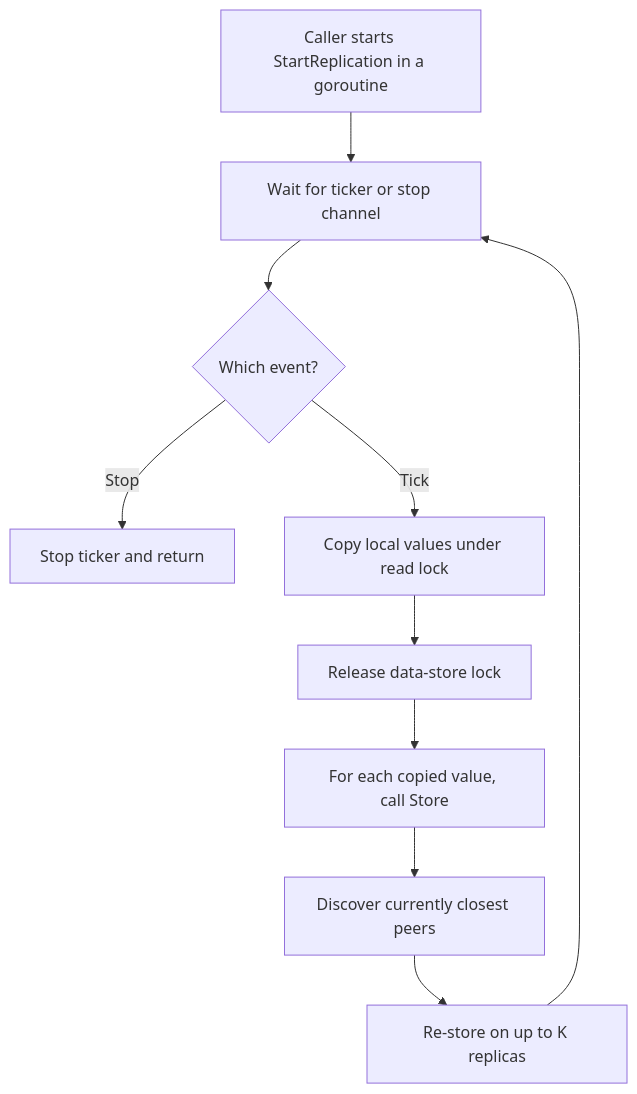
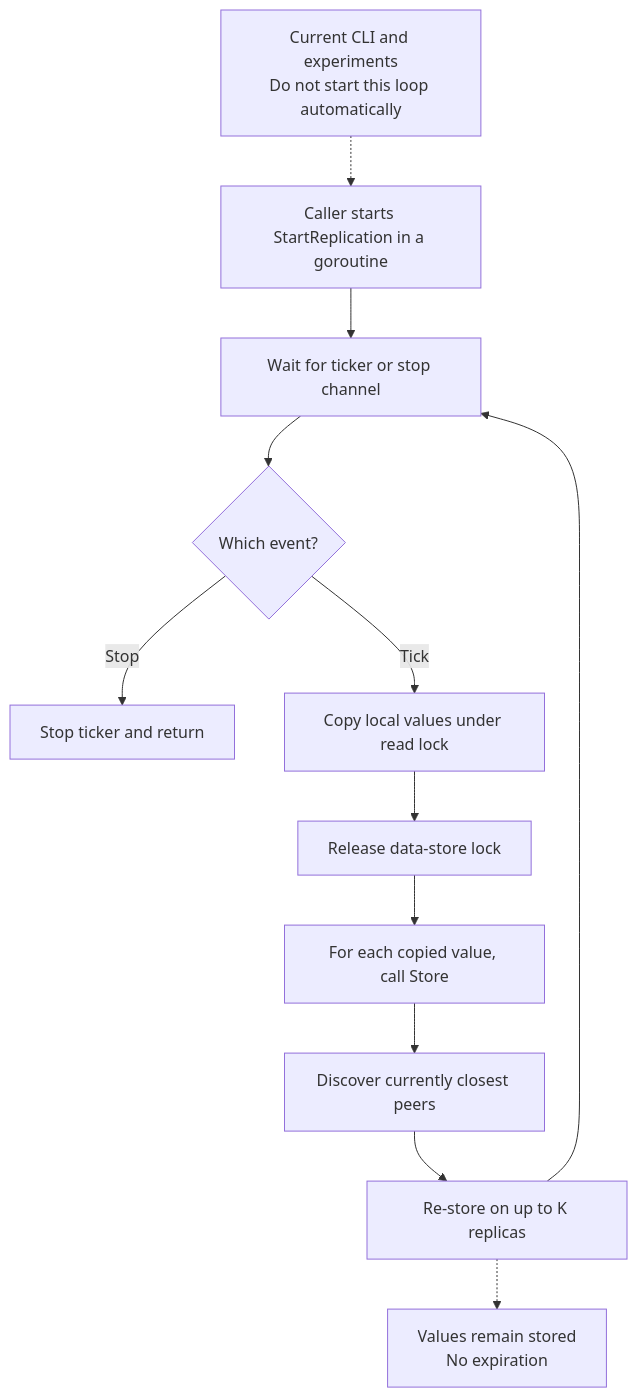
Before and after one commit to mohraj-0/Mobil-and-distributed-D7024E: the ninth of 17 diagrams in labs/ARCHITECTURE.md, drawn with Mermaid. The commit also changed other lines of this file, not shown here.

````diff
--- a/labs/ARCHITECTURE.md
+++ b/labs/ARCHITECTURE.md
@@ -218,12 +263,14 @@
 ```mermaid
 flowchart TD
     START["Caller starts StartReplication in a goroutine"] --> WAIT["Wait for ticker or stop channel"]
+    INACTIVE["Current CLI and experiments<br/>Do not start this loop automatically"] -.-> START
     WAIT --> EVENT{"Which event?"}
     EVENT -->|Stop| EXIT["Stop ticker and return"]
     EVENT -->|Tick| SNAP["Copy local values under read lock"]
     SNAP --> UNLOCK["Release data-store lock"]
     UNLOCK --> EACH["For each copied value, call Store"]
     EACH --> SELECT["Discover currently closest peers"]
     SELECT --> COPY["Re-store on up to K replicas"]
     COPY --> WAIT
+    COPY -.-> KEEP["Values remain stored<br/>No expiration"]
 ```
````
